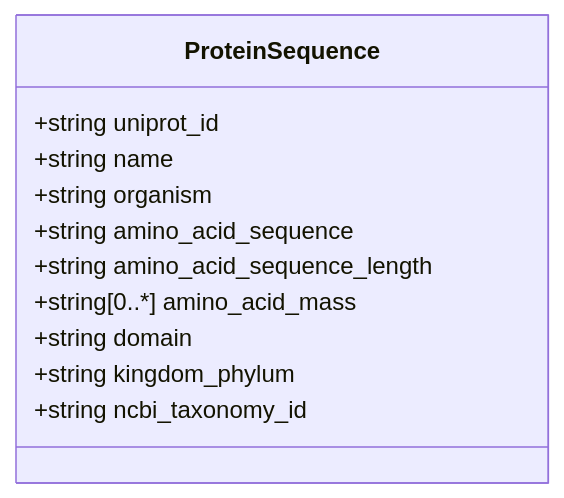
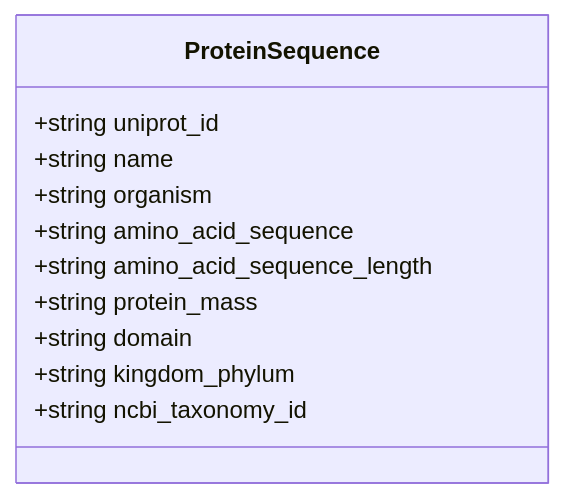
The diagram in Database/schemes/PyEED Data Model.md (maxim945/TestDatabase-For-Lars), drawn with Mermaid before and after one commit. The commit also changed 2 other files, not shown here.

Commit message:
API update

````diff
--- a/Database/schemes/PyEED Data Model.md
+++ b/Database/schemes/PyEED Data Model.md
@@ -1,16 +1,16 @@
 ```mermaid
 classDiagram
     
     class ProteinSequence {
         +string uniprot_id
         +string name
         +string organism
         +string amino_acid_sequence
         +string amino_acid_sequence_length
-        +string[0..*] amino_acid_mass
+        +string protein_mass
         +string domain
         +string kingdom_phylum
         +string ncbi_taxonomy_id
     }
     
 ```
````
